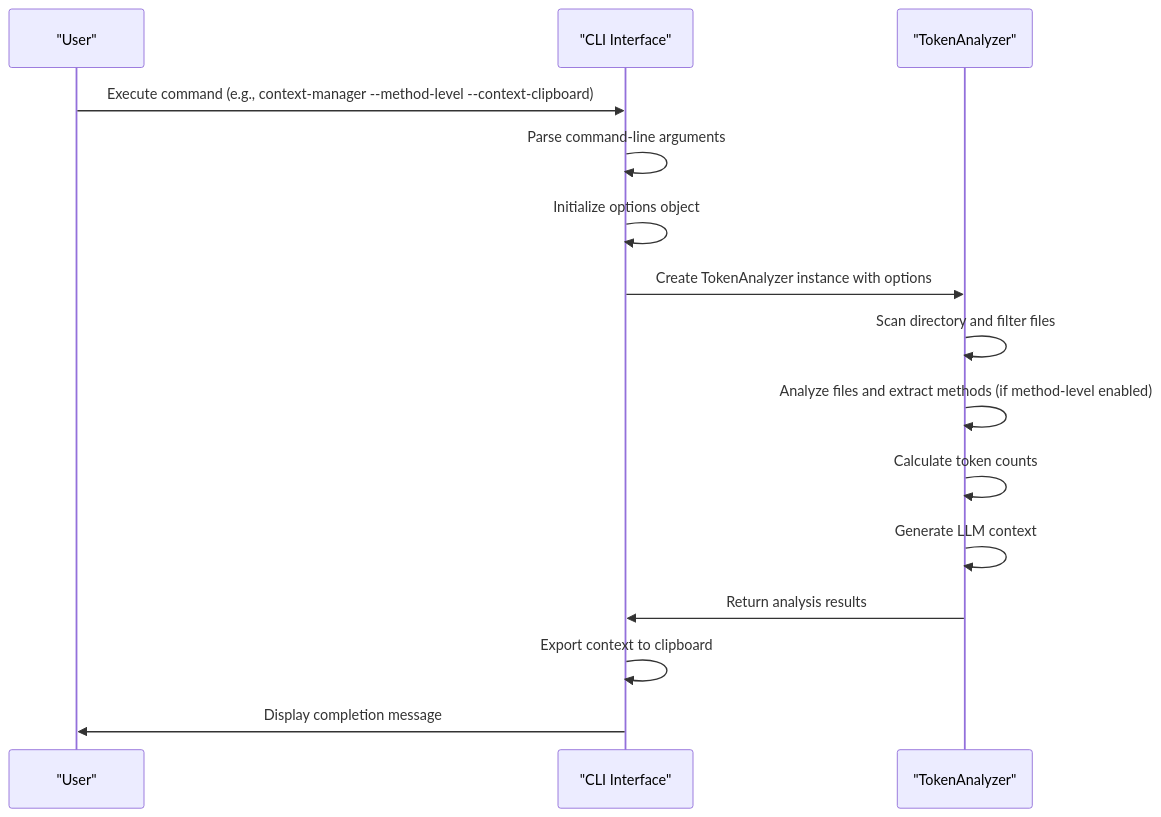
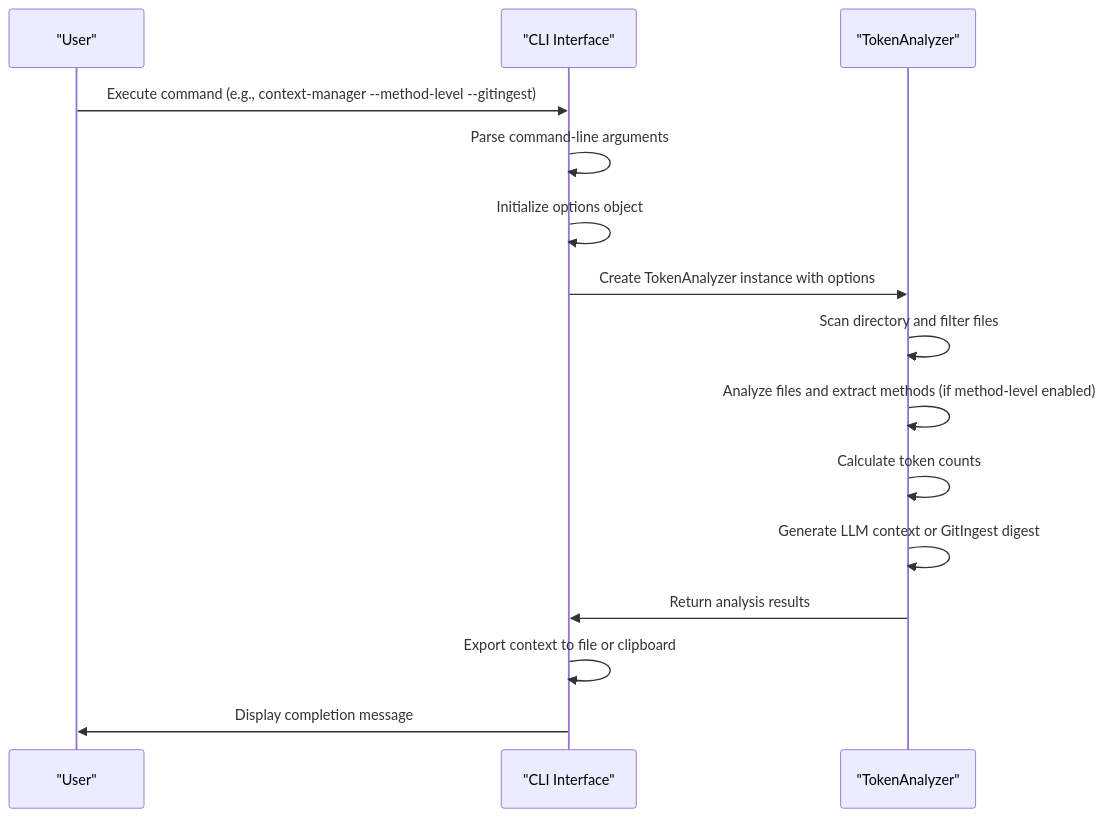
Before and after one commit to hakkisagdic/context-manager: the second of 7 diagrams in docs/content-tr/Arac-Genel-Bakis-ve-Temel-Deger.md, drawn with Mermaid. The commit also changed other lines of this file and 51 other files, not shown here.

````diff
--- a/docs/content-tr/Arac-Genel-Bakis-ve-Temel-Deger.md
+++ b/docs/content-tr/Arac-Genel-Bakis-ve-Temel-Deger.md
@@ -108,17 +121,17 @@
 ```mermaid
 sequenceDiagram
 participant User as "User"
 participant CLI as "CLI Interface"
 participant Analyzer as "TokenAnalyzer"
-User->>CLI : Execute command (e.g., context-manager --method-level --context-clipboard)
+User->>CLI : Execute command (e.g., context-manager --method-level --gitingest)
 CLI->>CLI : Parse command-line arguments
 CLI->>CLI : Initialize options object
 CLI->>Analyzer : Create TokenAnalyzer instance with options
 Analyzer->>Analyzer : Scan directory and filter files
 Analyzer->>Analyzer : Analyze files and extract methods (if method-level enabled)
 Analyzer->>Analyzer : Calculate token counts
-Analyzer->>Analyzer : Generate LLM context
+Analyzer->>Analyzer : Generate LLM context or GitIngest digest
 Analyzer->>CLI : Return analysis results
-CLI->>CLI : Export context to clipboard
+CLI->>CLI : Export context to file or clipboard
 CLI->>User : Display completion message
 ```
````
